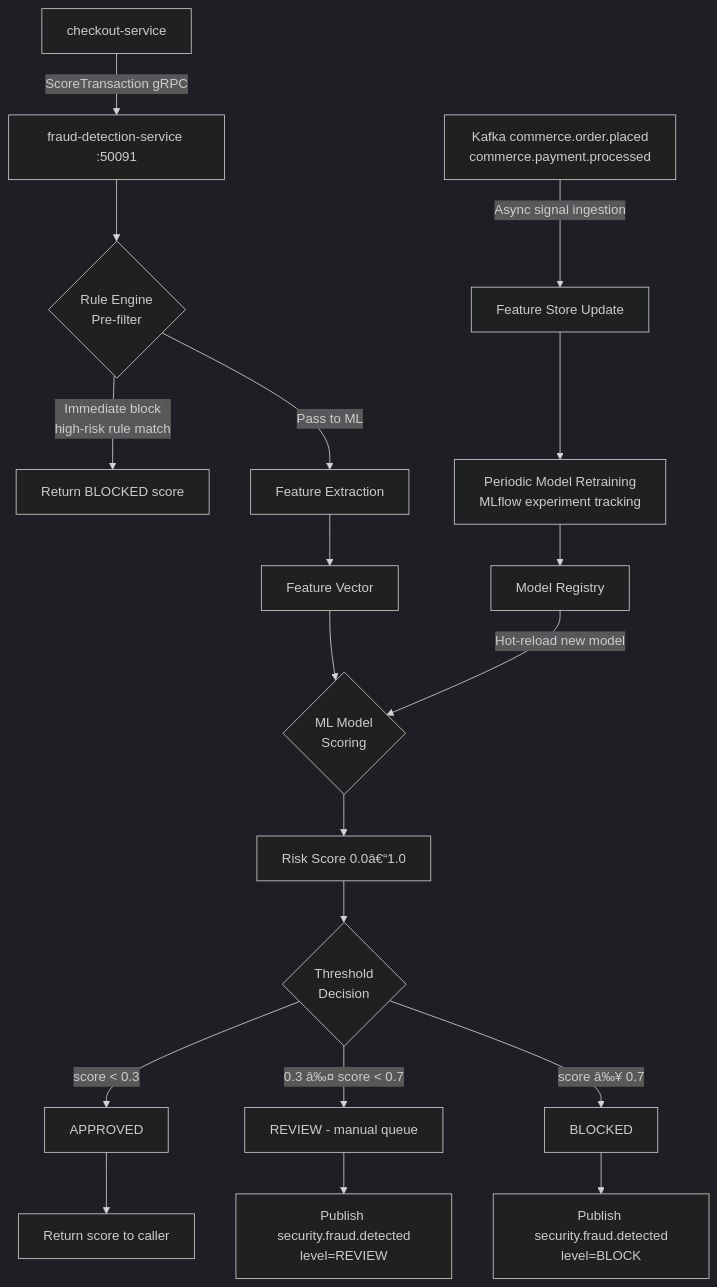
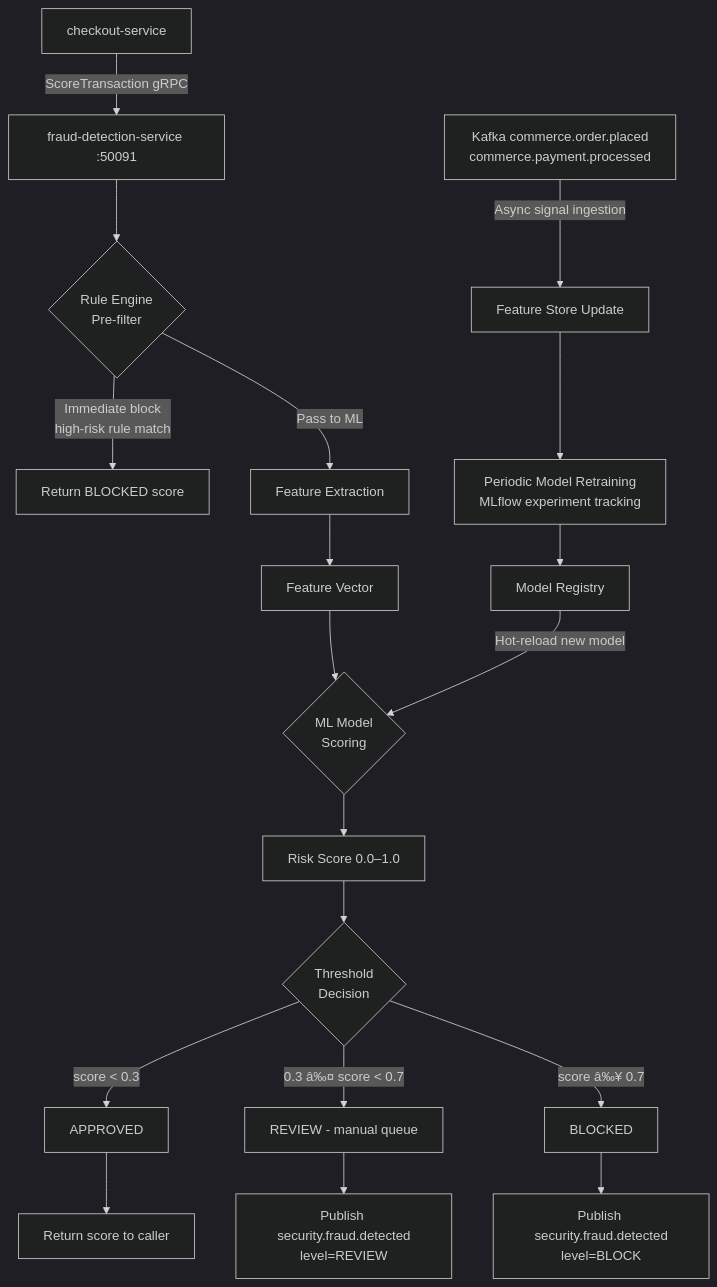
One commit to prabhat-roy/ShopOS changed the diagram in src/commerce/fraud-detection-service/README.md. Above: the diagram before and after it, drawn with Mermaid (dark theme). The commit also changed other lines of this file and 2221 other files, not shown here.

````diff
--- a/src/commerce/fraud-detection-service/README.md
+++ b/src/commerce/fraud-detection-service/README.md
@@ -11,27 +11,27 @@
 ```mermaid
 flowchart TD
     A[checkout-service] -->|ScoreTransaction gRPC| B[fraud-detection-service :50091]
 
     B --> C{Rule Engine\nPre-filter}
     C -->|Immediate block\nhigh-risk rule match| D[Return BLOCKED score]
     C -->|Pass to ML| E[Feature Extraction]
 
     E --> F[Feature Vector]
     F --> G{ML Model\nScoring}
 
-    G --> H[Risk Score 0.0â€“1.0]
+    G --> H[Risk Score 0.0–1.0]
     H --> I{Threshold\nDecision}
 
     I -->|score < 0.3| J[APPROVED]
     I -->|0.3 â‰¤ score < 0.7| K[REVIEW - manual queue]
     I -->|score â‰¥ 0.7| L[BLOCKED]
 
     J --> M[Return score to caller]
     K --> N[Publish security.fraud.detected\nlevel=REVIEW]
     L --> O[Publish security.fraud.detected\nlevel=BLOCK]
 
     P[Kafka commerce.order.placed\ncommerce.payment.processed] -->|Async signal ingestion| Q[Feature Store Update]
     Q --> R[Periodic Model Retraining\nMLflow experiment tracking]
     R --> S[Model Registry]
     S -->|Hot-reload new model| G
 ```
````
